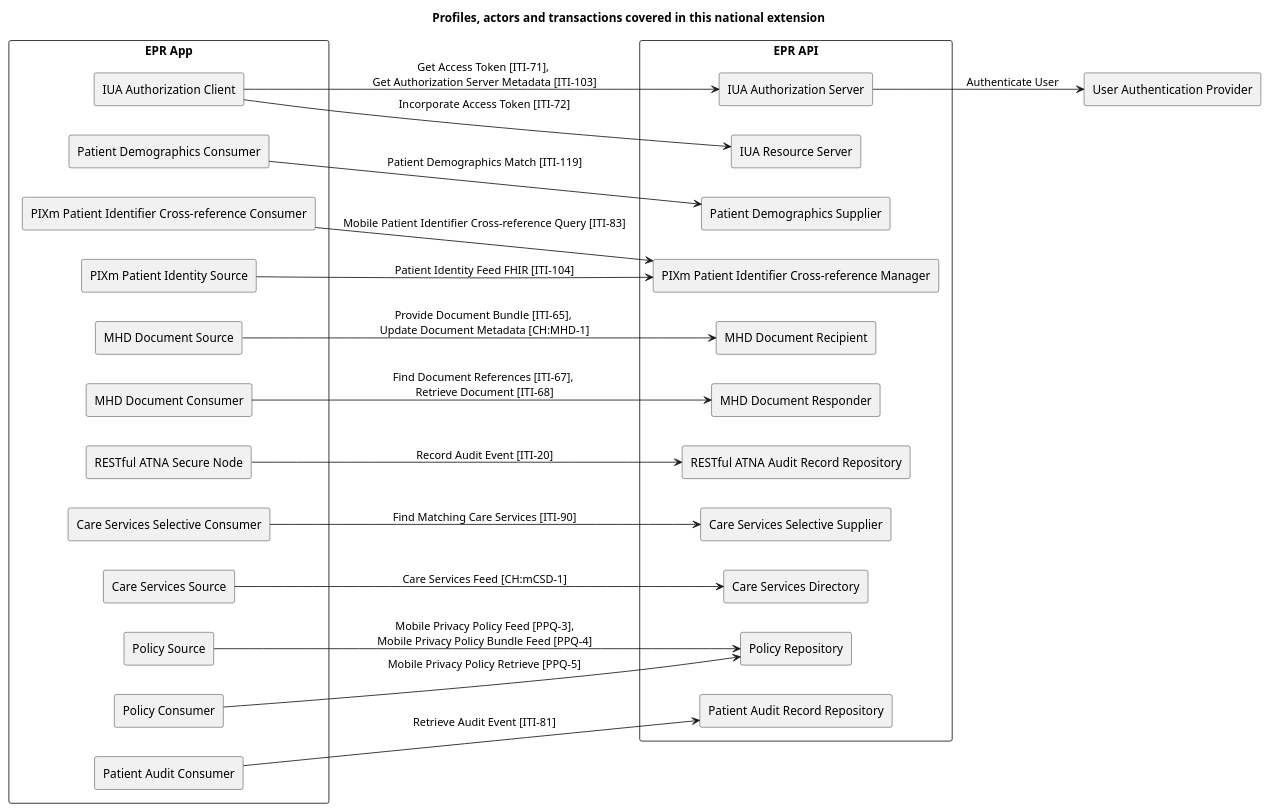
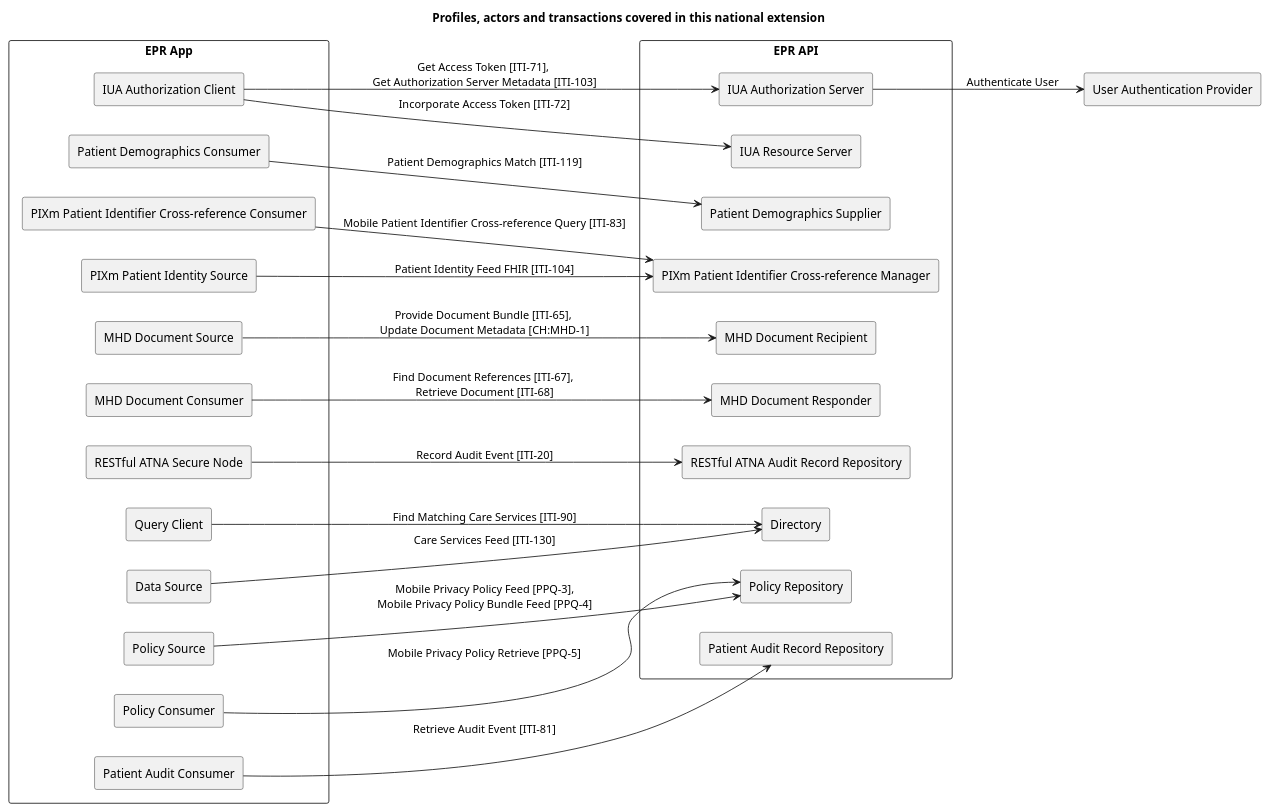
The diagram in input/images-source/overview.plantuml (ehealthsuisse/ch-epr-fhir), drawn with PlantUML before and after one commit. The commit also changed 18 other files, not shown here.

```diff
--- a/input/images-source/overview.plantuml
+++ b/input/images-source/overview.plantuml
@@ -1,70 +1,69 @@
 @startuml
 
 title **Profiles, actors and transactions covered in this national extension**
 
 skinparam componentStyle rectangle
 skinparam svgDimensionStyle false
 
 left to right direction
 
 component "EPR App" {
   [IUA Authorization Client] as IUAClient
 
   [Patient Demographics Consumer] as PDQmConsumer
 
   [PIXm Patient Identifier Cross-reference Consumer] as PIXmConsumer
   [PIXm Patient Identity Source] as PIXmSource
 
   [MHD Document Source] as MHDSource
   [MHD Document Consumer] as MHDConsumer
 
   [RESTful ATNA Secure Node] as ATNANode
 
-  [Care Services Selective Consumer] as mCSDSelectiveConsumer
-  [Care Services Source] as mCSDSelectiveSource
+  [Query Client] as mCSDQueryClient
+  [Data Source] as mCSDDataSource
 
   [Policy Source] as PPQmPolicySource
   [Policy Consumer] as PPQmPolicyConsumer
 
   [Patient Audit Consumer] as ATCPatientAuditConsumer
 }
 
 component "EPR API" {
   [IUA Authorization Server] as IUAAuthServer
   IUAClient -> IUAAuthServer : Get Access Token [ITI-71], \nGet Authorization Server Metadata [ITI-103]
   [IUA Resource Server] as IUAResourceServer
   IUAClient --> IUAResourceServer : Incorporate Access Token [ITI-72]
 
   [Patient Demographics Supplier] as PDQmSupplier
   PDQmConsumer --> PDQmSupplier : Patient Demographics Match [ITI-119]
 
   [PIXm Patient Identifier Cross-reference Manager] as PIXmManager
   PIXmConsumer --> PIXmManager : Mobile Patient Identifier Cross-reference Query [ITI-83]
   PIXmSource --> PIXmManager : Patient Identity Feed FHIR [ITI-104]
 
   [MHD Document Recipient] as MHDRecipient
   MHDSource --> MHDRecipient : Provide Document Bundle [ITI-65], \nUpdate Document Metadata [CH:MHD-1]
 
   [MHD Document Responder] as MHDResponder
   MHDConsumer --> MHDResponder : Find Document References [ITI-67], \nRetrieve Document [ITI-68]
 
   [RESTful ATNA Audit Record Repository] as ATNARepository
   ATNANode --> ATNARepository : Record Audit Event [ITI-20]
 
-  [Care Services Selective Supplier] as mCSDSelectiveSupplier
-  mCSDSelectiveConsumer --> mCSDSelectiveSupplier : Find Matching Care Services [ITI-90]
-  [Care Services Directory] as mCSDSelectiveDirectory
-  mCSDSelectiveSource --> mCSDSelectiveDirectory : Care Services Feed [CH:mCSD-1]
+  [Directory] as mCSDDirectory
+  mCSDQueryClient --> mCSDDirectory : Find Matching Care Services [ITI-90]
+  mCSDDataSource --> mCSDDirectory : Care Services Feed [ITI-130]
 
   [Policy Repository] as PPQmPolicyRepository
   PPQmPolicySource --> PPQmPolicyRepository : Mobile Privacy Policy Feed [PPQ-3],\nMobile Privacy Policy Bundle Feed [PPQ-4]
   PPQmPolicyConsumer --> PPQmPolicyRepository : Mobile Privacy Policy Retrieve [PPQ-5]
 
   [Patient Audit Record Repository] as ATCPatientAuditRecordRepository
   ATCPatientAuditConsumer --> ATCPatientAuditRecordRepository : Retrieve Audit Event [ITI-81]	
 }
 
 [User Authentication Provider] as UAProvider
 IUAAuthServer --> UAProvider : Authenticate User
 
 @enduml
```
